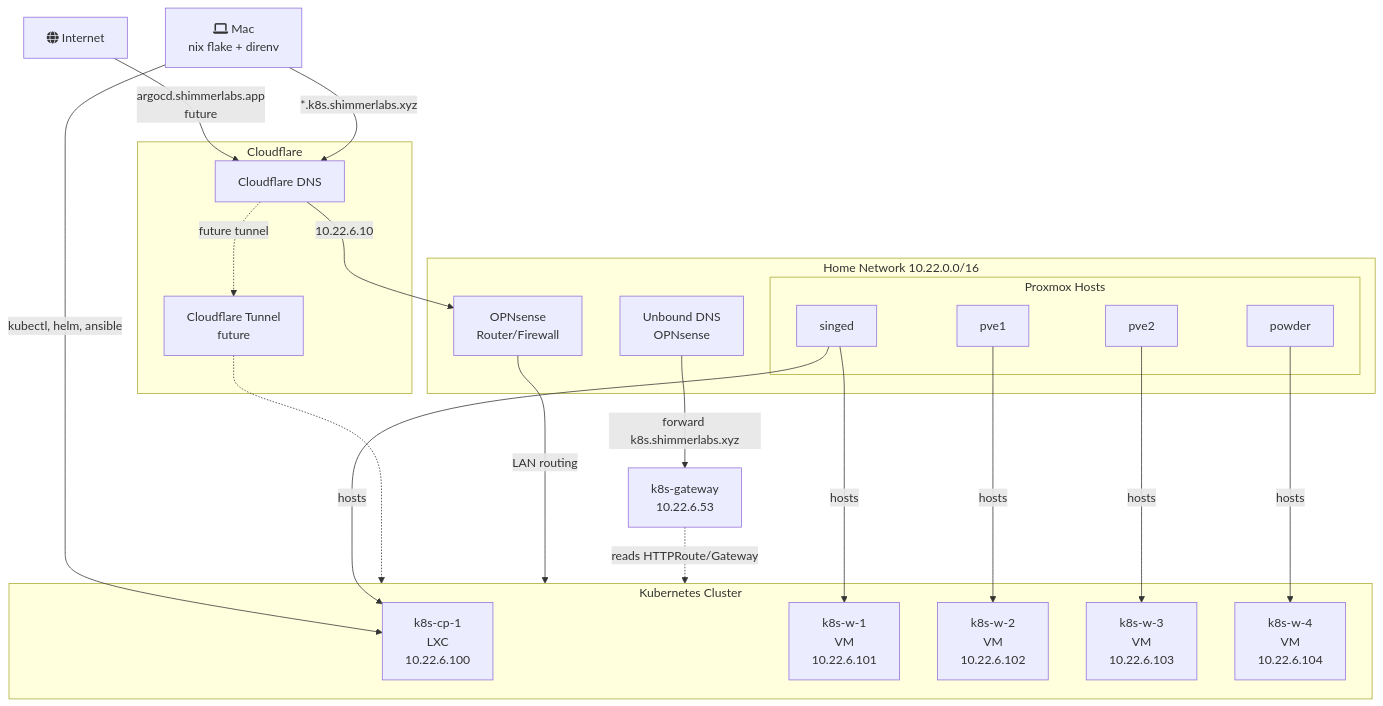
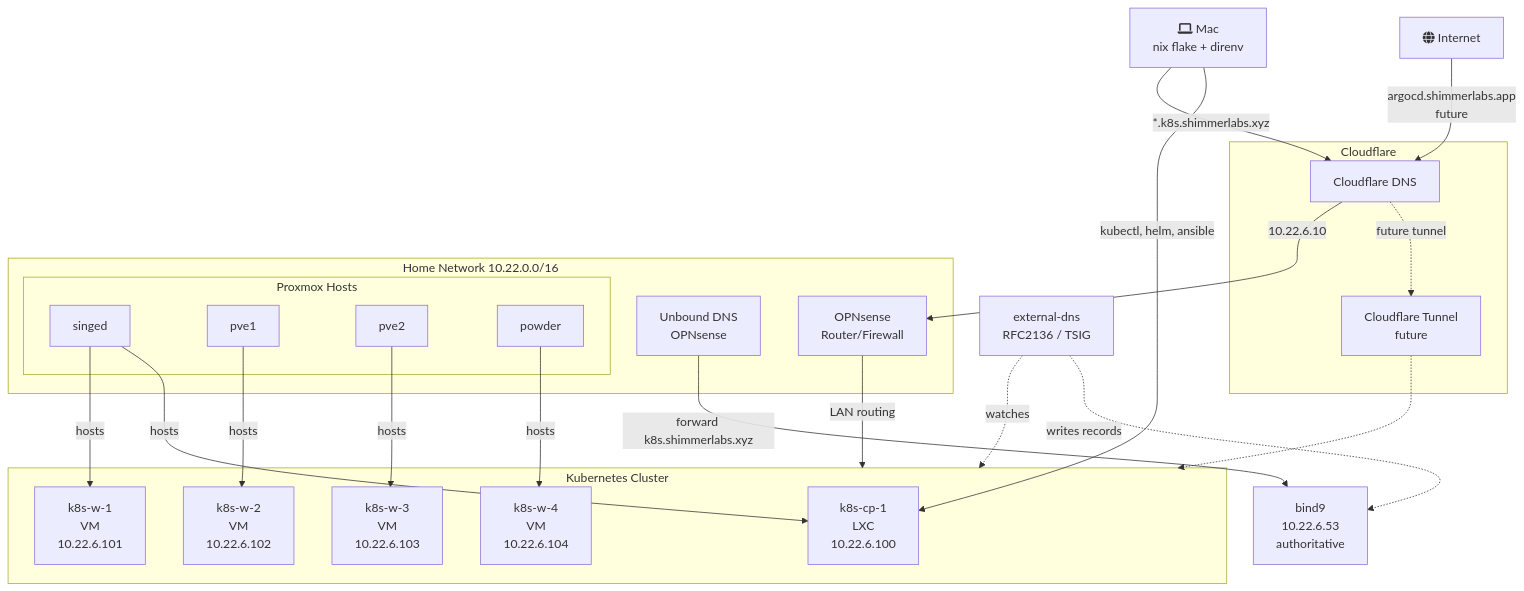
One commit to mralanlee/homelab changed the first of 8 diagrams in docs/architecture.md. Above: the diagram before and after it, drawn with Mermaid. The commit also changed other lines of this file, not shown here.

Commit message:
docs: update architecture diagrams (bind9 + external-dns instead of k8s-gateway)

````diff
--- a/docs/architecture.md
+++ b/docs/architecture.md
@@ -7,48 +7,49 @@
 ```mermaid
 graph TB
     Internet[fa:fa-globe Internet]
     Mac[fa:fa-laptop Mac<br/>nix flake + direnv]
 
     subgraph Cloudflare
         CFDNS[Cloudflare DNS]
         CFTunnel[Cloudflare Tunnel<br/>future]
     end
 
     subgraph Home["Home Network 10.22.0.0/16"]
         OPN[OPNsense<br/>Router/Firewall]
         UNB[Unbound DNS<br/>OPNsense]
 
         subgraph Proxmox["Proxmox Hosts"]
             singed[singed]
             pve1[pve1]
             pve2[pve2]
             powder[powder]
         end
     end
 
     subgraph K8s["Kubernetes Cluster"]
         CP[k8s-cp-1<br/>LXC<br/>10.22.6.100]
         W1[k8s-w-1<br/>VM<br/>10.22.6.101]
         W2[k8s-w-2<br/>VM<br/>10.22.6.102]
         W3[k8s-w-3<br/>VM<br/>10.22.6.103]
         W4[k8s-w-4<br/>VM<br/>10.22.6.104]
     end
 
     Mac -->|kubectl, helm, ansible| CP
     Internet -->|argocd.shimmerlabs.app<br/>future| CFDNS
     CFDNS -.->|future tunnel| CFTunnel
     CFTunnel -.-> K8s
 
     Mac -->|*.k8s.shimmerlabs.xyz| CFDNS
     CFDNS -->|10.22.6.10| OPN
     OPN -->|LAN routing| K8s
 
-    UNB -->|forward k8s.shimmerlabs.xyz| K8sGateway[k8s-gateway<br/>10.22.6.53]
-    K8sGateway -.->|reads HTTPRoute/Gateway| K8s
+    UNB -->|forward k8s.shimmerlabs.xyz| BIND[bind9<br/>10.22.6.53<br/>authoritative]
+    EDNS[external-dns<br/>RFC2136 / TSIG] -.->|writes records| BIND
+    EDNS -.->|watches| K8s
 
     singed -->|hosts| CP
     singed -->|hosts| W1
     pve1 -->|hosts| W2
     pve2 -->|hosts| W3
     powder -->|hosts| W4
 ```
````
